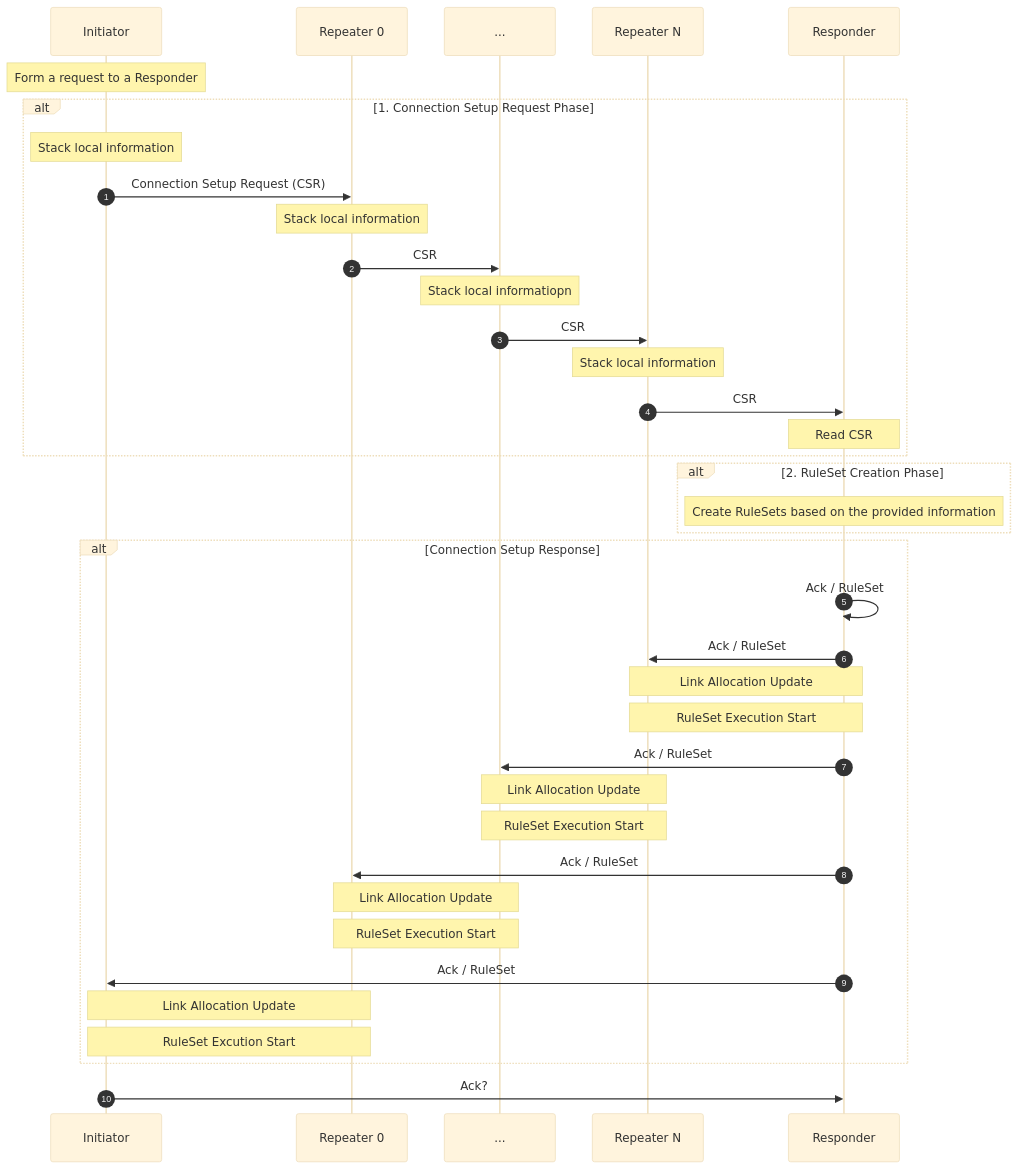
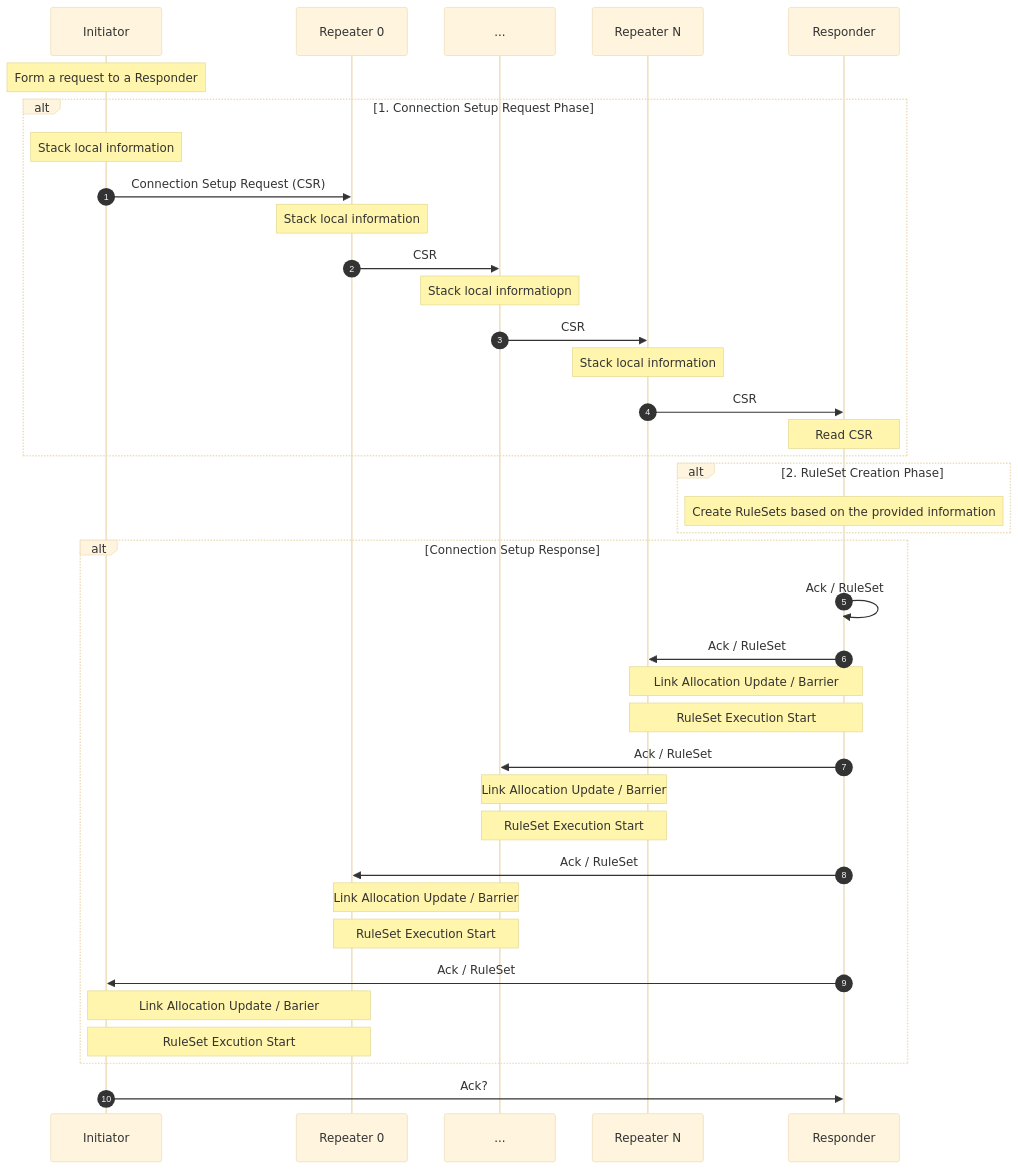
Before and after one commit to sfc-aqua/RuleSetSpec: the first of 6 diagrams in 2.1.1.ConnectionSetup.md, drawn with Mermaid (base theme). The commit also changed other lines of this file and 2 other files, not shown here.

````diff
--- a/2.1.1.ConnectionSetup.md
+++ b/2.1.1.ConnectionSetup.md
@@ -110,54 +106,54 @@
 ```mermaid
 sequenceDiagram
     autonumber
     participant Initiator
     participant Repeater 0
     participant ...
     Participant Repeater N
     participant Responder
 
     Note over Initiator: Form a request to a Responder
 
     alt 1. Connection Setup Request Phase
         Note over Initiator: Stack local information
         Initiator ->> Repeater 0: Connection Setup Request (CSR)
         Note over Repeater 0: Stack local information
         Repeater 0 ->> ... : CSR
         Note over ...: Stack local informatiopn
         ... ->> Repeater N: CSR
         Note over Repeater N: Stack local information
         Repeater N ->> Responder: CSR
         Note over Responder: Read CSR
     end
 
     alt 2. RuleSet Creation Phase
         Note over Responder: Create RuleSets based on the provided information
     end
 
     alt Connection Setup Response
         # Responder to Repeater N
         Responder ->> Responder: Ack / RuleSet
 
         Responder ->> Repeater N: Ack / RuleSet
-        Note over Repeater N, Responder: Link Allocation Update
+        Note over Repeater N, Responder: Link Allocation Update / Barrier
         Note over Repeater N, Responder: RuleSet Execution Start
 
         Responder ->> ...: Ack / RuleSet
-        Note over ..., Repeater N: Link Allocation Update
+        Note over ..., Repeater N: Link Allocation Update / Barrier
         Note over ..., Repeater N: RuleSet Execution Start
 
 
         # Repeater 1 to Intermediate Repeaters
         Responder ->> Repeater 0: Ack / RuleSet
-        Note over Repeater 0, ...: Link Allocation Update
+        Note over Repeater 0, ...: Link Allocation Update / Barrier
         Note over Repeater 0, ...: RuleSet Execution Start
 
         # Initiator to Repeater 1
         Responder ->> Initiator: Ack / RuleSet
-        Note over Repeater 0, Initiator: Link Allocation Update
+        Note over Repeater 0, Initiator: Link Allocation Update / Barier
         Note over Initiator, Repeater 0: RuleSet Excution Start
 
     end
 
     Initiator ->> Responder: Ack?
 ```
````
